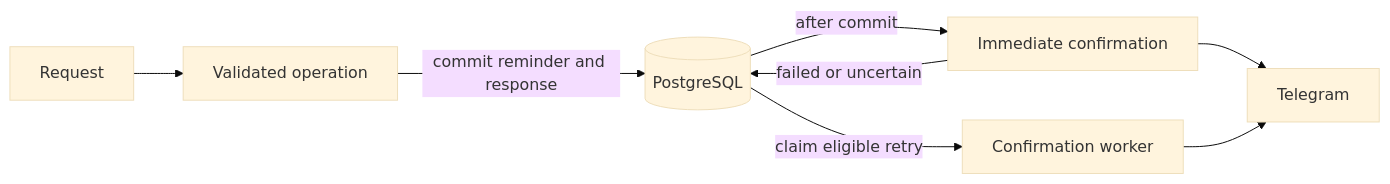
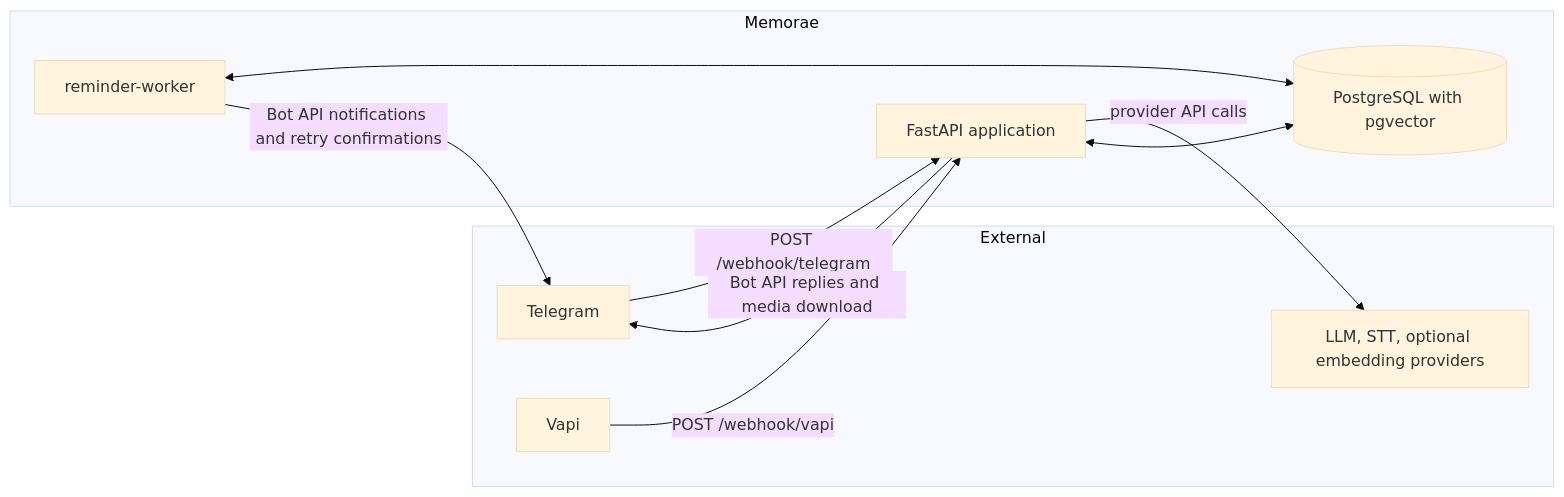
One commit to mmaazkhanhere/memorae-challenge changed the second of 5 diagrams in docs/Architecture.md. Above: the diagram before and after it, drawn with Mermaid (base theme). The commit also changed other lines of this file, not shown here.

Commit message:
docs(architecture): align with implementation

````diff
--- a/docs/Architecture.md
+++ b/docs/Architecture.md
@@ -1248,10 +58,22 @@
 ```mermaid
 flowchart LR
-    REQUEST[Request] --> OPERATION[Validated operation]
-    OPERATION -->|commit reminder and response| DB[(PostgreSQL)]
-    DB -->|after commit| SEND[Immediate confirmation]
-    SEND --> TG[Telegram]
-    SEND -->|failed or uncertain| DB
-    DB -->|claim eligible retry| RETRY[Confirmation worker]
-    RETRY --> TG
+    subgraph External
+        Telegram[Telegram]
+        Vapi[Vapi]
+        Providers[LLM, STT, optional embedding providers]
+    end
+
+    subgraph Memorae
+        Api[FastAPI application]
+        Worker[reminder-worker]
+        Db[(PostgreSQL with pgvector)]
+    end
+
+    Telegram -->|POST /webhook/telegram| Api
+    Api -->|Bot API replies and media download| Telegram
+    Vapi -->|POST /webhook/vapi| Api
+    Api -->|provider API calls| Providers
+    Api <--> Db
+    Worker <--> Db
+    Worker -->|Bot API notifications and retry confirmations| Telegram
 ```
````
